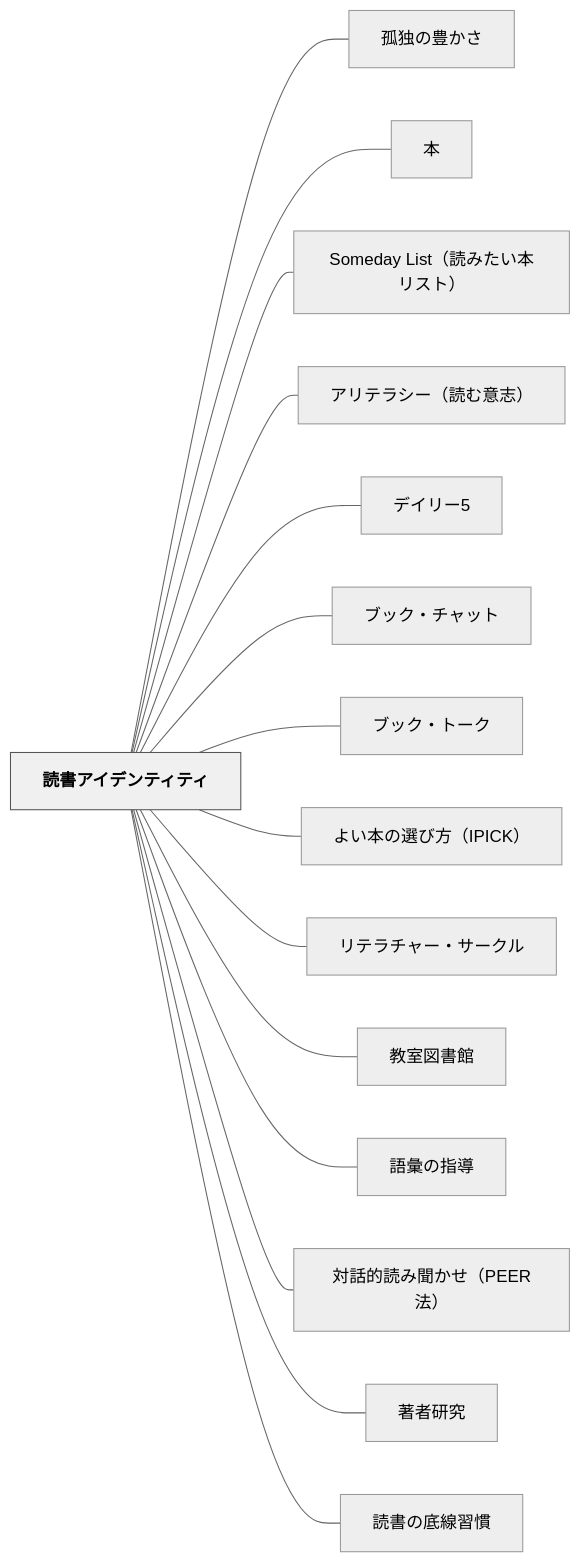
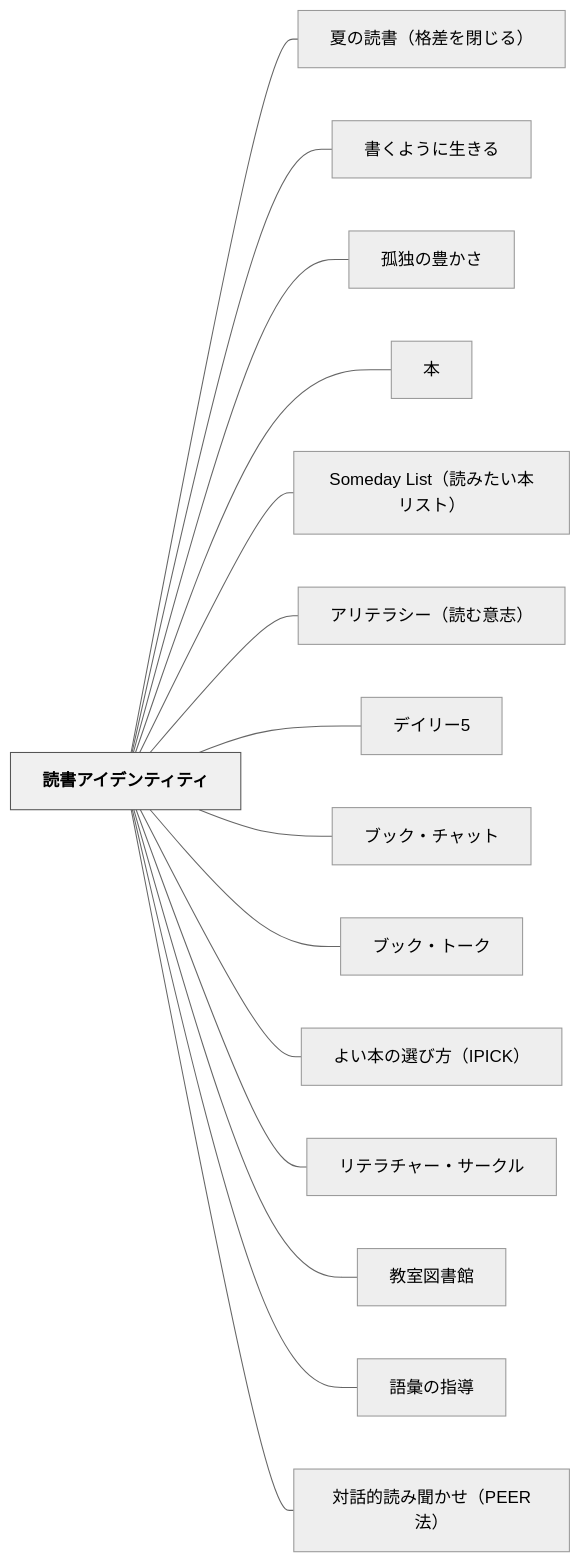
The diagram in content/パタン/読書アイデンティティ.md (unknownthings-ed-patterns/unknownthings-ed-patterns), drawn with Mermaid (neutral theme) before and after one commit. The commit also changed other lines of this file and 185 other files, not shown here.

````diff
--- a/content/パタン/読書アイデンティティ.md
+++ b/content/パタン/読書アイデンティティ.md
@@ -238,36 +240,36 @@
 ```mermaid
 flowchart LR
     ne8aaade69bb8e382a2e382a4e38387e383b3e38386e382a3e38386e382a3["読書アイデンティティ"]
+    ne5a48fe381aee8aaade69bb8efbc88e6a0bce5b7aee38292e99689e38198e3828befbc89["夏の読書（格差を閉じる）"]
+    ne69bb8e3818fe38288e38186e381abe7949fe3818de3828b["書くように生きる"]
     ne5ada4e78bace381aee8b18ae3818be38195["孤独の豊かさ"]
     ne69cac["本"]
     n536f6d65646179204c697374efbc88e8aaade381bfe3819fe38184e69cace383aae382b9e38388efbc89["Someday List（読みたい本リスト）"]
     ne382a2e383aae38386e383a9e382b7e383bcefbc88e8aaade38280e6848fe5bf97efbc89["アリテラシー（読む意志）"]
     ne38387e382a4e383aae383bc35["デイリー5"]
     ne38396e38383e382afe383bbe38381e383a3e38383e38388["ブック・チャット"]
     ne38396e38383e382afe383bbe38388e383bce382af["ブック・トーク"]
     ne38288e38184e69cace381aee981b8e381b3e696b9efbc88495049434befbc89["よい本の選び方（IPICK）"]
     ne383aae38386e383a9e38381e383a3e383bce383bbe382b5e383bce382afe383ab["リテラチャー・サークル"]
     ne69599e5aea4e59bb3e69bb8e9a4a8["教室図書館"]
     ne8aa9ee5bd99e381aee68c87e5b08e["語彙の指導"]
     ne5afbee8a9b1e79a84e8aaade381bfe8819ee3818be3819befbc8850454552e6b395efbc89["対話的読み聞かせ（PEER法）"]
-    ne89197e88085e7a094e7a9b6["著者研究"]
-    ne8aaade69bb8e381aee5ba95e7b79ae7bf92e685a3["読書の底線習慣"]
 
+    ne8aaade69bb8e382a2e382a4e38387e383b3e38386e382a3e38386e382a3 --- ne5a48fe381aee8aaade69bb8efbc88e6a0bce5b7aee38292e99689e38198e3828befbc89
+    ne8aaade69bb8e382a2e382a4e38387e383b3e38386e382a3e38386e382a3 --- ne69bb8e3818fe38288e38186e381abe7949fe3818de3828b
     ne8aaade69bb8e382a2e382a4e38387e383b3e38386e382a3e38386e382a3 --- ne5ada4e78bace381aee8b18ae3818be38195
     ne8aaade69bb8e382a2e382a4e38387e383b3e38386e382a3e38386e382a3 --- ne69cac
     ne8aaade69bb8e382a2e382a4e38387e383b3e38386e382a3e38386e382a3 --- n536f6d65646179204c697374efbc88e8aaade381bfe3819fe38184e69cace383aae382b9e38388efbc89
     ne8aaade69bb8e382a2e382a4e38387e383b3e38386e382a3e38386e382a3 --- ne382a2e383aae38386e383a9e382b7e383bcefbc88e8aaade38280e6848fe5bf97efbc89
     ne8aaade69bb8e382a2e382a4e38387e383b3e38386e382a3e38386e382a3 --- ne38387e382a4e383aae383bc35
     ne8aaade69bb8e382a2e382a4e38387e383b3e38386e382a3e38386e382a3 --- ne38396e38383e382afe383bbe38381e383a3e38383e38388
     ne8aaade69bb8e382a2e382a4e38387e383b3e38386e382a3e38386e382a3 --- ne38396e38383e382afe383bbe38388e383bce382af
     ne8aaade69bb8e382a2e382a4e38387e383b3e38386e382a3e38386e382a3 --- ne38288e38184e69cace381aee981b8e381b3e696b9efbc88495049434befbc89
     ne8aaade69bb8e382a2e382a4e38387e383b3e38386e382a3e38386e382a3 --- ne383aae38386e383a9e38381e383a3e383bce383bbe382b5e383bce382afe383ab
     ne8aaade69bb8e382a2e382a4e38387e383b3e38386e382a3e38386e382a3 --- ne69599e5aea4e59bb3e69bb8e9a4a8
     ne8aaade69bb8e382a2e382a4e38387e383b3e38386e382a3e38386e382a3 --- ne8aa9ee5bd99e381aee68c87e5b08e
     ne8aaade69bb8e382a2e382a4e38387e383b3e38386e382a3e38386e382a3 --- ne5afbee8a9b1e79a84e8aaade381bfe8819ee3818be3819befbc8850454552e6b395efbc89
-    ne8aaade69bb8e382a2e382a4e38387e383b3e38386e382a3e38386e382a3 --- ne89197e88085e7a094e7a9b6
-    ne8aaade69bb8e382a2e382a4e38387e383b3e38386e382a3e38386e382a3 --- ne8aaade69bb8e381aee5ba95e7b79ae7bf92e685a3
 
     classDef hub fill:#f0f0f0,stroke:#555,color:#000,font-weight:bold
     class ne8aaade69bb8e382a2e382a4e38387e383b3e38386e382a3e38386e382a3 hub
 ```
````
